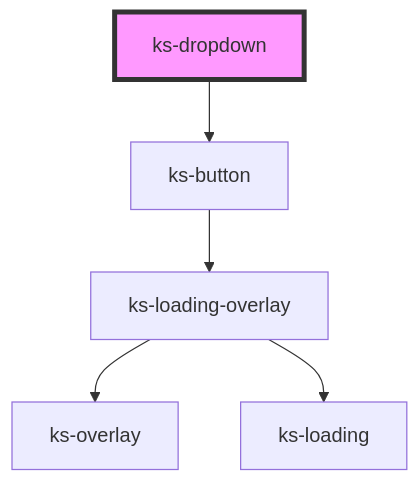
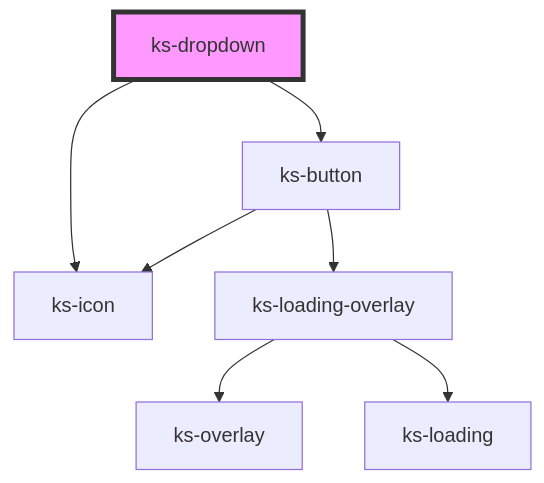
Before and after one commit to kickstand-ui/kickstand-ui: the diagram in src/scripts/components/dropdown/readme.md, drawn with Mermaid. The commit also changed other lines of this file and 19 other files, not shown here.

````diff
--- a/src/scripts/components/dropdown/readme.md
+++ b/src/scripts/components/dropdown/readme.md
@@ -29,8 +30,10 @@
 ```mermaid
 graph TD;
   ks-dropdown --> ks-button
+  ks-dropdown --> ks-icon
+  ks-button --> ks-icon
   ks-button --> ks-loading-overlay
   ks-loading-overlay --> ks-overlay
   ks-loading-overlay --> ks-loading
   style ks-dropdown fill:#f9f,stroke:#333,stroke-width:4px
 ```
````
